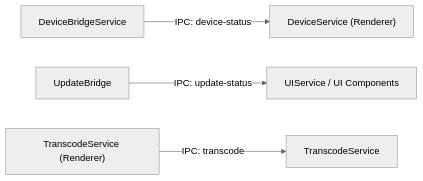
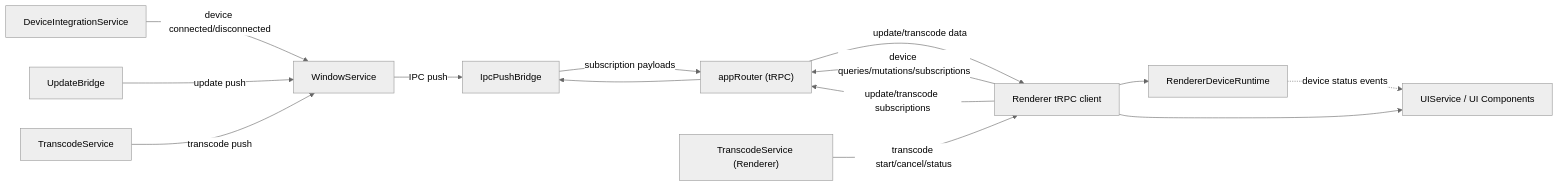
The sixth of 6 diagrams in docs/architecture-diagrams-onboarding.md (josstei/prismgb-app), drawn with Mermaid (neutral theme) before and after one commit. The commit also changed other lines of this file and 995 other files, not shown here.

````diff
--- a/docs/architecture-diagrams-onboarding.md
+++ b/docs/architecture-diagrams-onboarding.md
@@ -113,13 +130,27 @@
 ```mermaid
 flowchart LR
-  DeviceBridge[DeviceBridgeService]
+  DeviceIntegrationService[DeviceIntegrationService]
+  WindowService[WindowService]
+  IpcPushBridge[IpcPushBridge]
+  AppRouter["appRouter (tRPC)"]
   UpdateBridge[UpdateBridge]
   TranscodeService[TranscodeService]
-  DeviceServiceRenderer["DeviceService (Renderer)"]
+  RendererDeviceRuntime[RendererDeviceRuntime]
+  TrpcClient[Renderer tRPC client]
   UIService["UIService / UI Components"]
   TranscodeServiceRenderer["TranscodeService (Renderer)"]
 
-  DeviceBridge -- IPC: device-status --> DeviceServiceRenderer
-  UpdateBridge -- IPC: update-status --> UIService
-  TranscodeServiceRenderer -- IPC: transcode --> TranscodeService
+  DeviceIntegrationService -- "device connected/disconnected" --> WindowService
+  WindowService -- IPC push --> IpcPushBridge
+  TrpcClient -- device queries/mutations/subscriptions --> AppRouter
+  AppRouter --> IpcPushBridge
+  IpcPushBridge -- subscription payloads --> AppRouter
+  TrpcClient --> RendererDeviceRuntime
+  RendererDeviceRuntime -. "device status events" .-> UIService
+  UpdateBridge -- update push --> WindowService
+  TranscodeService -- transcode push --> WindowService
+  TrpcClient -- update/transcode subscriptions --> AppRouter
+  AppRouter -- update/transcode data --> TrpcClient
+  TrpcClient --> UIService
+  TranscodeServiceRenderer -- transcode start/cancel/status --> TrpcClient
 ```
````
